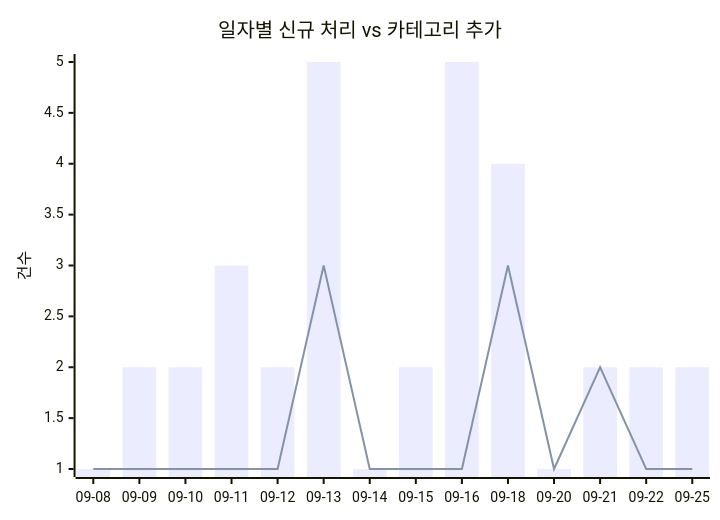
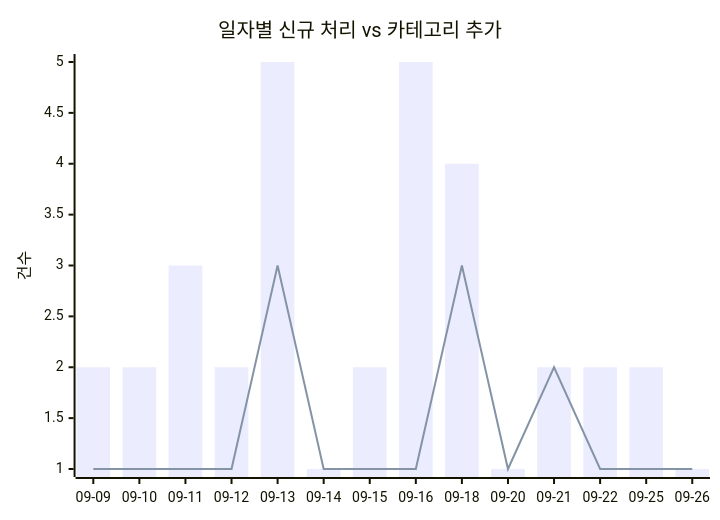
The first of 2 diagrams in docs/trends.md (J-nowcow/awesome-korean-agent-skills), drawn with Mermaid before and after one commit. The commit also changed other lines of this file and 4 other files, not shown here.

````diff
--- a/docs/trends.md
+++ b/docs/trends.md
@@ -32,8 +32,8 @@
 ```mermaid
 xychart-beta
     title "일자별 신규 처리 vs 카테고리 추가"
-    x-axis ["09-08","09-09","09-10","09-11","09-12","09-13","09-14","09-15","09-16","09-18","09-20","09-21","09-22","09-25"]
+    x-axis ["09-09","09-10","09-11","09-12","09-13","09-14","09-15","09-16","09-18","09-20","09-21","09-22","09-25","09-26"]
     y-axis "건수"
-    bar [1,2,2,3,2,5,1,2,5,4,1,2,2,2]
-    line [1,1,1,1,1,3,1,1,1,3,1,2,1,1]
+    bar [2,2,3,2,5,1,2,5,4,1,2,2,2,1]
+    line [1,1,1,1,3,1,1,1,3,1,2,1,1,1]
 ```
````
